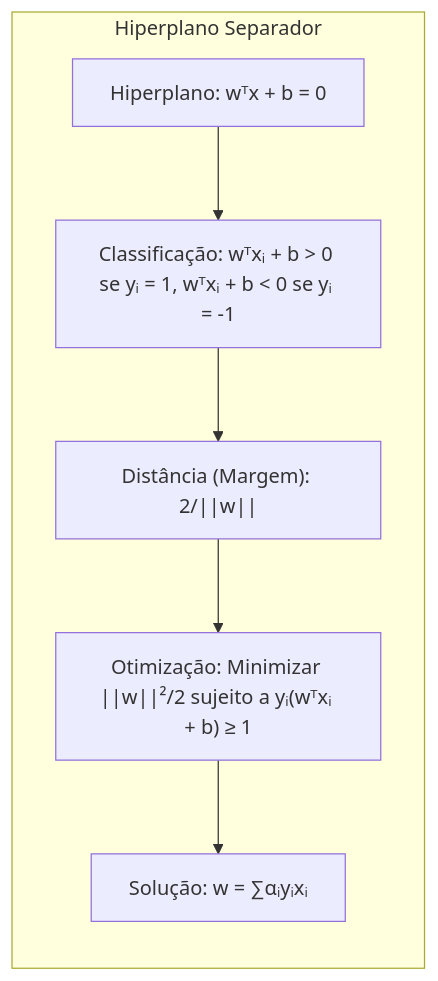
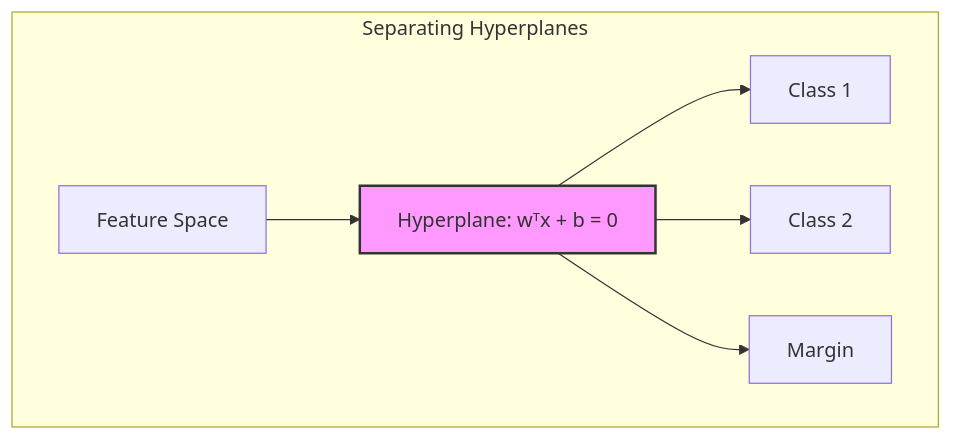
The sixth of 7 diagrams in 03. Additive Models/01. Generalized Additive Models/02. Mathematical Representation.md (diegomrodrigues/statistical_learning_notes), drawn with Mermaid before and after one commit. The commit also changed other lines of this file and 228 other files, not shown here.

````diff
--- a/03. Additive Models/01. Generalized Additive Models/02. Mathematical Representation.md
+++ b/03. Additive Models/01. Generalized Additive Models/02. Mathematical Representation.md
@@ -349,15 +323,16 @@
 ```mermaid
 graph LR
-    subgraph "Hiperplano Separador"
-        direction TB
-        A["Hiperplano: wᵀx + b = 0"]
-        B["Classificação: wᵀxᵢ + b > 0 se yᵢ = 1, wᵀxᵢ + b < 0 se yᵢ = -1"]
-        C["Distância (Margem): 2/||w||"]
-        D["Otimização: Minimizar ||w||²/2 sujeito a yᵢ(wᵀxᵢ + b) ≥ 1"]
-        E["Solução: w = ∑αᵢyᵢxᵢ"]
+    subgraph "Separating Hyperplanes"
+        direction LR
+        A["Feature Space"]
+        B["Hyperplane: wᵀx + b = 0"]
+        C["Class 1"]
+        D["Class 2"]
+        E["Margin"]
         A --> B
         B --> C
-        C --> D
-        D --> E
+        B --> D
+       B --> E
+        style B fill:#f9f,stroke:#333,stroke-width:2px
     end
 ```
````
